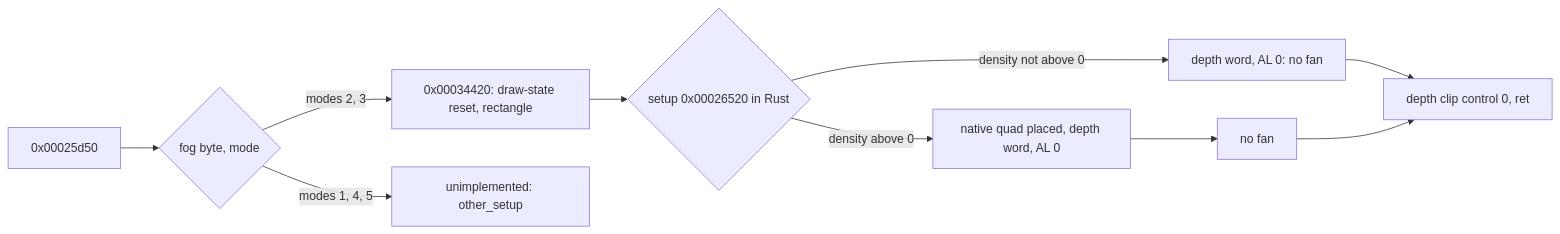
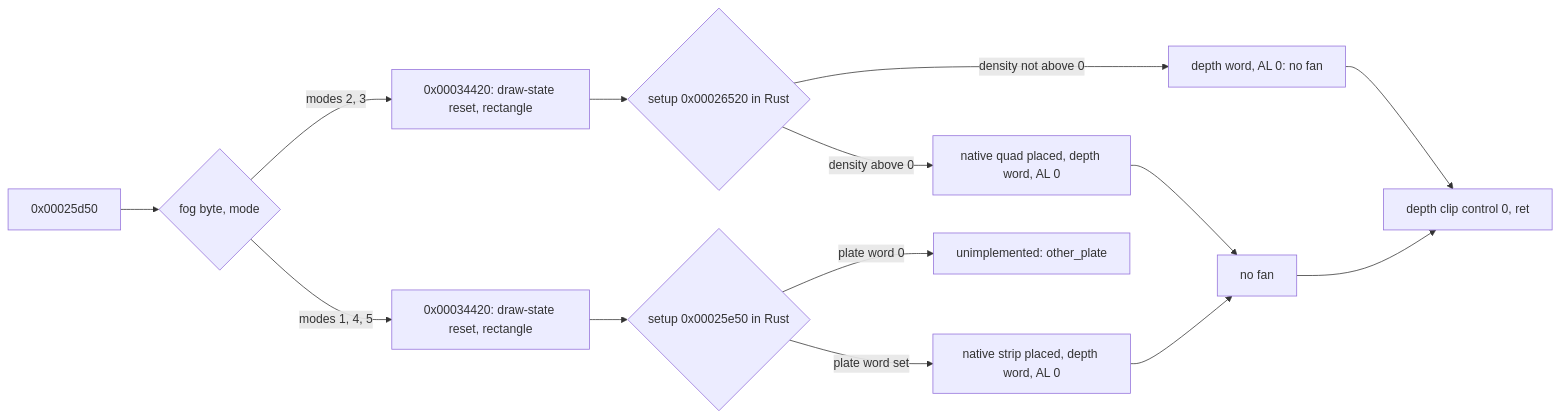
Before and after one commit to 0xdeafcafe/h2r: the diagram in docs/graphics/retire-d3d-fog-quad.md, drawn with Mermaid. The commit also changed other lines of this file and 10 other files, not shown here.

Commit message:
fog quad: the other setup 0x25e50 (view modes 1, 4, 5) cut natively, its depth-texture fog drawn as one strip; the plate path panics as other_plate

````diff
--- a/docs/graphics/retire-d3d-fog-quad.md
+++ b/docs/graphics/retire-d3d-fog-quad.md
@@ -11,10 +11,13 @@
 ```mermaid
 flowchart LR
   F[0x00025d50] --> B{fog byte, mode}
   B -- modes 2, 3 --> Q[0x00034420: draw-state reset, rectangle]
-  B -- modes 1, 4, 5 --> O[unimplemented: other_setup]
+  B -- modes 1, 4, 5 --> R[0x00034420: draw-state reset, rectangle]
   Q --> S{setup 0x00026520 in Rust}
+  R --> P{setup 0x00025e50 in Rust}
+  P -- plate word 0 --> X[unimplemented: other_plate]
+  P -- plate word set --> G[native strip placed, depth word, AL 0] --> T
   S -- density not above 0 --> N[depth word, AL 0: no fan]
   S -- density above 0 --> D[native quad placed, depth word, AL 0] --> T[no fan]
   N & T --> E[depth clip control 0, ret]
 ```
````
